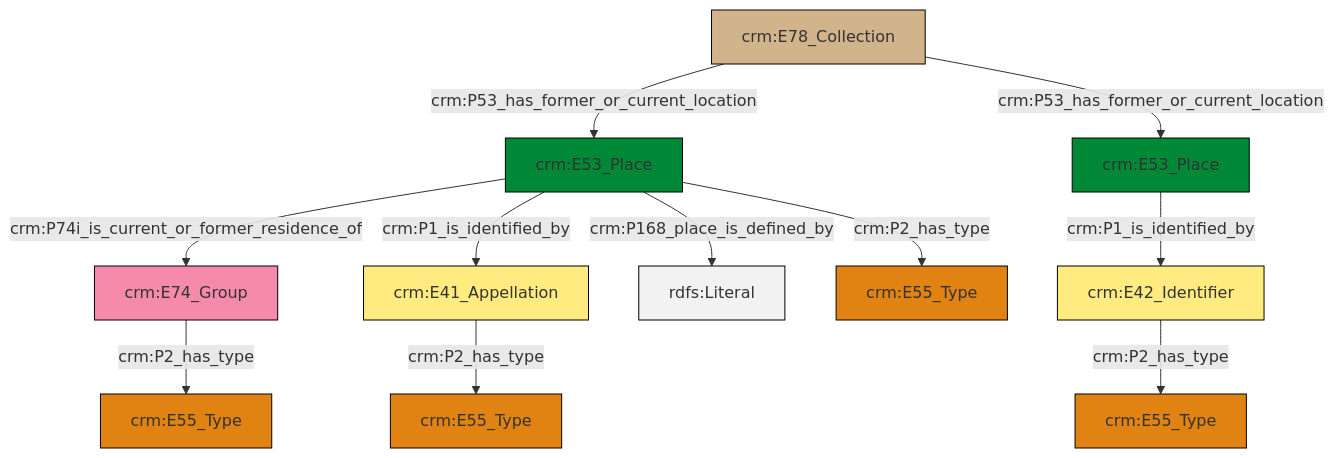
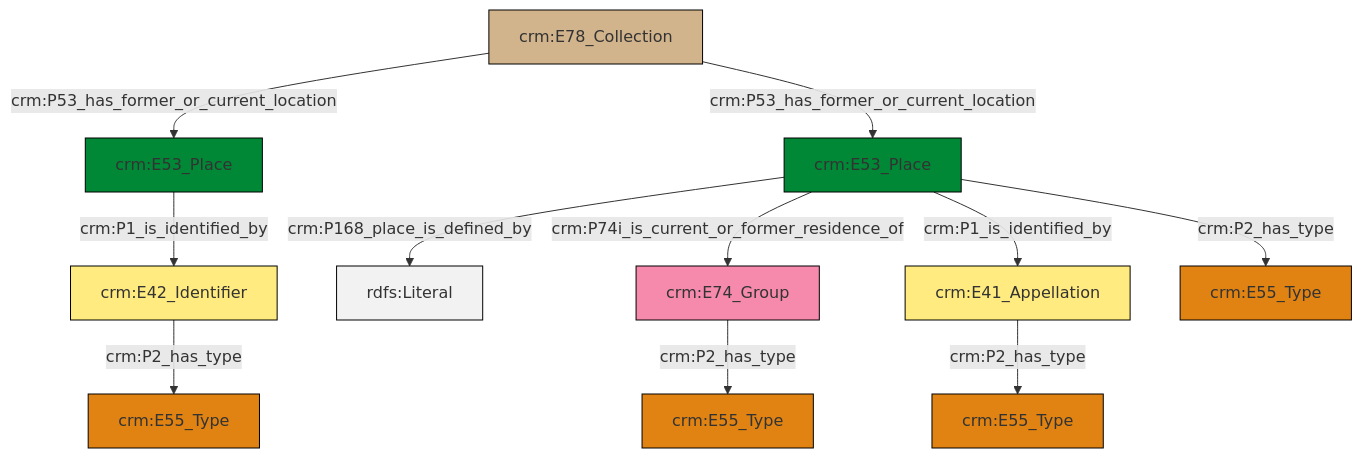
One commit to swiss-art-research-net/docs.swissartresearch changed the diagram in et/archivalCSV/ttl/mmd/archival_location.ttl.mmd. Above: the diagram before and after it, drawn with Mermaid. The commit also changed 177 other files, not shown here.

```diff
--- a/et/archivalCSV/ttl/mmd/archival_location.ttl.mmd
+++ b/et/archivalCSV/ttl/mmd/archival_location.ttl.mmd
@@ -1,25 +1,25 @@
 graph TD
 classDef Literal fill:#f2f2f2,stroke:#000000;
 classDef CRM_Entity fill:#FFFFFF,stroke:#000000;
 classDef Temporal_Entity fill:#00C9E6, stroke:#000000;
 classDef Type fill:#E18312, stroke:#000000;
 classDef Time-Span fill:#2C9C91, stroke:#000000;
 classDef Appellation fill:#FFEB7F, stroke:#000000;
 classDef Place fill:#008836, stroke:#000000;
 classDef Persistent_Item fill:#B266B2, stroke:#000000;
 classDef Conceptual_Object fill:#FFD700, stroke:#000000;
 classDef Physical_Thing fill:#D2B48C, stroke:#000000;
 classDef Actor fill:#f58aad, stroke:#000000;
 classDef PC_Classes fill:#4ce600, stroke:#000000;
 classDef Multi fill:#cccccc,stroke:#000000;
 
-5["crm:E42_Identifier"]:::Appellation -->|crm:P2_has_type| 6["crm:E55_Type"]:::Type
-7["crm:E53_Place"]:::Place -->|crm:P168_place_is_defined_by| 9[rdfs:Literal]:::Literal
-3["crm:E41_Appellation"]:::Appellation -->|crm:P2_has_type| 10["crm:E55_Type"]:::Type
-7["crm:E53_Place"]:::Place -->|crm:P2_has_type| 13["crm:E55_Type"]:::Type
-14["crm:E74_Group"]:::Actor -->|crm:P2_has_type| 0["crm:E55_Type"]:::Type
-7["crm:E53_Place"]:::Place -->|crm:P74i_is_current_or_former_residence_of| 14["crm:E74_Group"]:::Actor
-16["crm:E78_Collection"]:::Physical_Thing -->|crm:P53_has_former_or_current_location| 7["crm:E53_Place"]:::Place
-11["crm:E53_Place"]:::Place -->|crm:P1_is_identified_by| 5["crm:E42_Identifier"]:::Appellation
-16["crm:E78_Collection"]:::Physical_Thing -->|crm:P53_has_former_or_current_location| 11["crm:E53_Place"]:::Place
-7["crm:E53_Place"]:::Place -->|crm:P1_is_identified_by| 3["crm:E41_Appellation"]:::Appellation
+2["crm:E53_Place"]:::Place -->|crm:P168_place_is_defined_by| 3[rdfs:Literal]:::Literal
+2["crm:E53_Place"]:::Place -->|crm:P74i_is_current_or_former_residence_of| 4["crm:E74_Group"]:::Actor
+7["crm:E42_Identifier"]:::Appellation -->|crm:P2_has_type| 8["crm:E55_Type"]:::Type
+2["crm:E53_Place"]:::Place -->|crm:P1_is_identified_by| 12["crm:E41_Appellation"]:::Appellation
+5["crm:E78_Collection"]:::Physical_Thing -->|crm:P53_has_former_or_current_location| 13["crm:E53_Place"]:::Place
+4["crm:E74_Group"]:::Actor -->|crm:P2_has_type| 0["crm:E55_Type"]:::Type
+13["crm:E53_Place"]:::Place -->|crm:P1_is_identified_by| 7["crm:E42_Identifier"]:::Appellation
+5["crm:E78_Collection"]:::Physical_Thing -->|crm:P53_has_former_or_current_location| 2["crm:E53_Place"]:::Place
+12["crm:E41_Appellation"]:::Appellation -->|crm:P2_has_type| 10["crm:E55_Type"]:::Type
+2["crm:E53_Place"]:::Place -->|crm:P2_has_type| 19["crm:E55_Type"]:::Type
```
